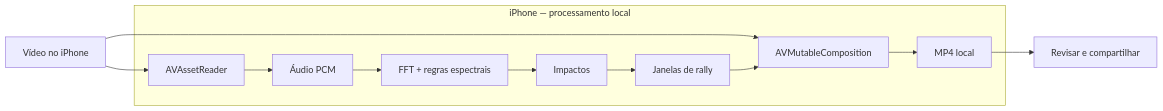
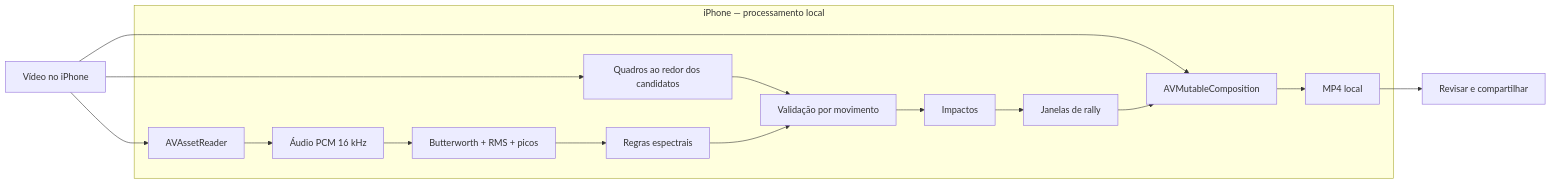
The diagram in README.md (matheus3301/tennis-clips), drawn with Mermaid before and after one commit. The commit also changed other lines of this file and 12 other files, not shown here.

````diff
--- a/README.md
+++ b/README.md
@@ -17,22 +17,29 @@
 ```mermaid
 flowchart LR
     A[Vídeo no iPhone] --> B[AVAssetReader]
-    B --> C[Áudio PCM]
-    C --> D[FFT + regras espectrais]
-    D --> E[Impactos]
-    E --> F[Janelas de rally]
+    B --> C[Áudio PCM 16 kHz]
+    C --> D[Butterworth + RMS + picos]
+    A --> V[Quadros ao redor dos candidatos]
+    D --> E[Regras espectrais]
+    V --> M[Validação por movimento]
+    E --> M
+    M --> F0[Impactos]
+    F0 --> F[Janelas de rally]
     A --> G[AVMutableComposition]
     F --> G
     G --> H[MP4 local]
     H --> I[Revisar e compartilhar]
 
     subgraph aparelho[iPhone — processamento local]
       B
       C
       D
       E
+      V
+      M
+      F0
       F
       G
       H
     end
 ```
````
